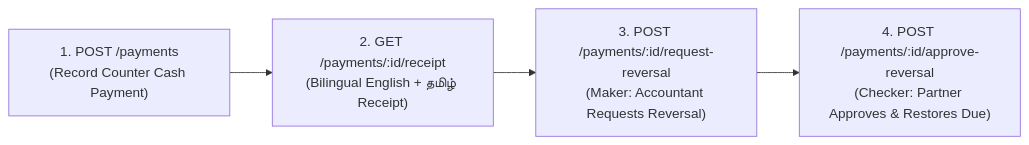
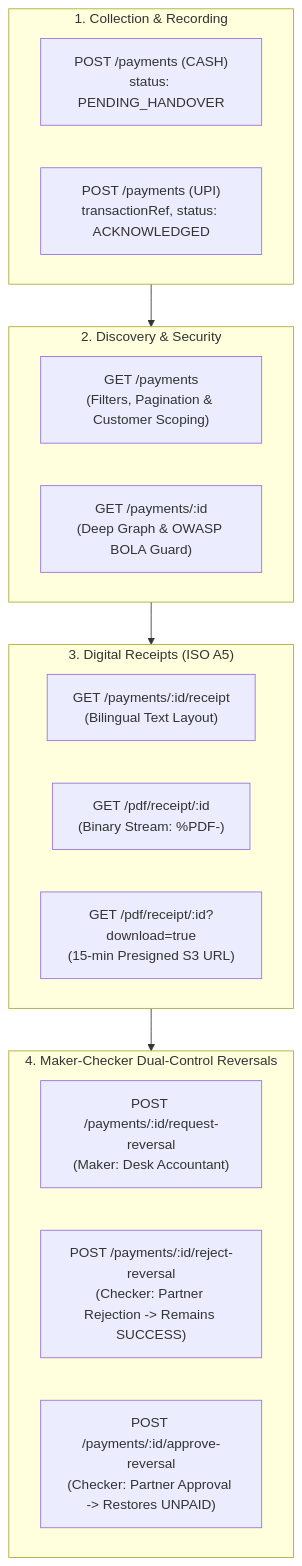
The diagram in apps/api/scripts/docs/lifecycle/lifecycle-7-live-execution-proof-report.md (Kathir-24/Kumaran-finance), drawn with Mermaid before and after one commit. The commit also changed other lines of this file and 3 other files, not shown here.

Commit message:
test(lifecycle-7): expand live E2E script and proofs for all payment and receipt endpoints

````diff
--- a/apps/api/scripts/docs/lifecycle/lifecycle-7-live-execution-proof-report.md
+++ b/apps/api/scripts/docs/lifecycle/lifecycle-7-live-execution-proof-report.md
@@ -16,6 +24,26 @@
 ```mermaid
-flowchart LR
-    A["1. POST /payments\n(Record Counter Cash Payment)"] --> B["2. GET /payments/:id/receipt\n(Bilingual English + தமிழ் Receipt)"]
-    B --> C["3. POST /payments/:id/request-reversal\n(Maker: Accountant Requests Reversal)"]
-    C --> D["4. POST /payments/:id/approve-reversal\n(Checker: Partner Approves & Restores Due)"]
+flowchart TD
+    subgraph S1["1. Collection & Recording"]
+        P1["POST /payments (CASH)\nstatus: PENDING_HANDOVER"]
+        P2["POST /payments (UPI)\ntransactionRef, status: ACKNOWLEDGED"]
+    end
+
+    subgraph S2["2. Discovery & Security"]
+        Q["GET /payments\n(Filters, Pagination & Customer Scoping)"]
+        D["GET /payments/:id\n(Deep Graph & OWASP BOLA Guard)"]
+    end
+
+    subgraph S3["3. Digital Receipts (ISO A5)"]
+        RT["GET /payments/:id/receipt\n(Bilingual Text Layout)"]
+        PDF1["GET /pdf/receipt/:id\n(Binary Stream: %PDF-)"]
+        PDF2["GET /pdf/receipt/:id?download=true\n(15-min Presigned S3 URL)"]
+    end
+
+    subgraph S4["4. Maker-Checker Dual-Control Reversals"]
+        REV_REQ["POST /payments/:id/request-reversal\n(Maker: Desk Accountant)"]
+        REV_REJ["POST /payments/:id/reject-reversal\n(Checker: Partner Rejection -> Remains SUCCESS)"]
+        REV_APP["POST /payments/:id/approve-reversal\n(Checker: Partner Approval -> Restores UNPAID)"]
+    end
+
+    S1 --> S2 --> S3 --> S4
 ```
````
